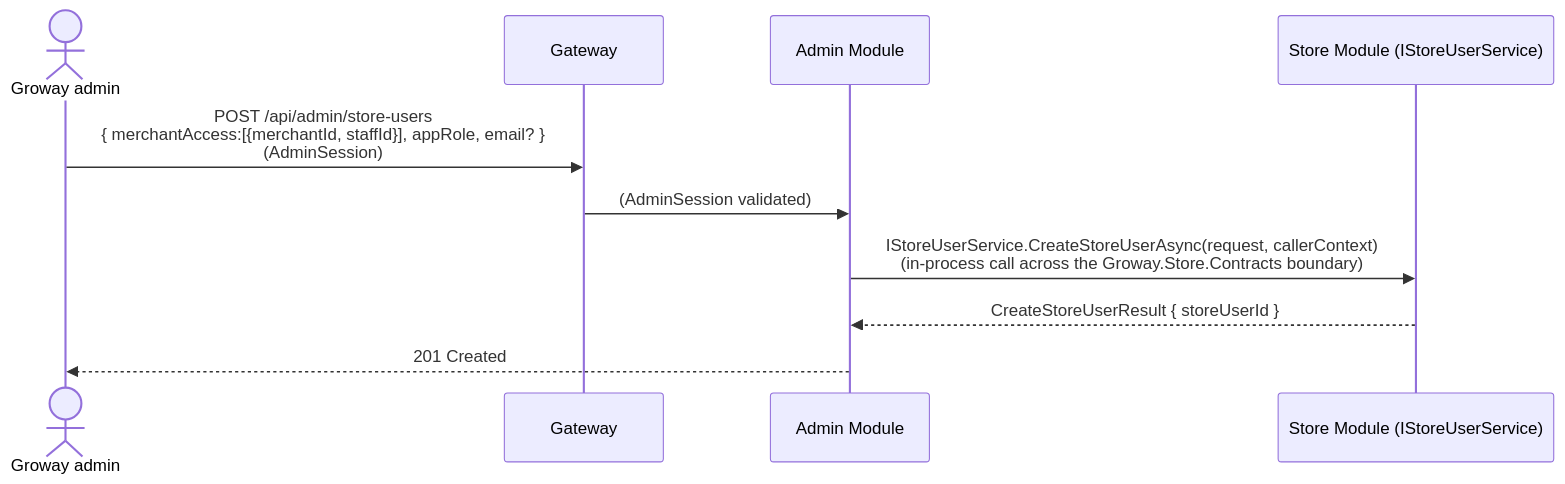
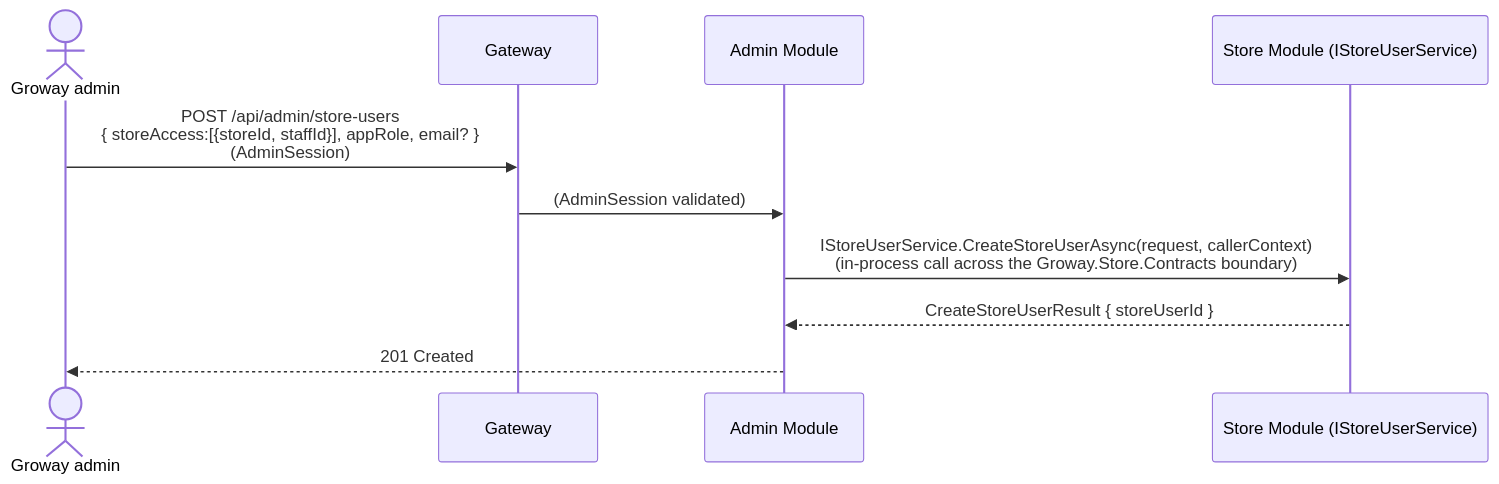
One commit to szhanggit/appointmentsystemdesign changed the first of 4 diagrams in usercasestudy/growayshop-registration-workflow.md. Above: the diagram before and after it, drawn with Mermaid. The commit also changed other lines of this file, not shown here.

Commit message:
terminology: Chain=连锁, store=一家店; merchant retired (reserved for future use)

````diff
--- a/usercasestudy/growayshop-registration-workflow.md
+++ b/usercasestudy/growayshop-registration-workflow.md
@@ -49,13 +49,13 @@
 ```mermaid
 sequenceDiagram
     actor GA as Groway admin
     participant GW as Gateway
     participant AM as Admin Module
     participant SM as Store Module (IStoreUserService)
 
-    GA->>GW: POST /api/admin/store-users<br/>{ merchantAccess:[{merchantId, staffId}], appRole, email? }<br/>(AdminSession)
+    GA->>GW: POST /api/admin/store-users<br/>{ storeAccess:[{storeId, staffId}], appRole, email? }<br/>(AdminSession)
     GW->>AM: (AdminSession validated)
     AM->>SM: IStoreUserService.CreateStoreUserAsync(request, callerContext)<br/>(in-process call across the Groway.Store.Contracts boundary)
     SM-->>AM: CreateStoreUserResult { storeUserId }
     AM-->>GA: 201 Created
 ```
````
